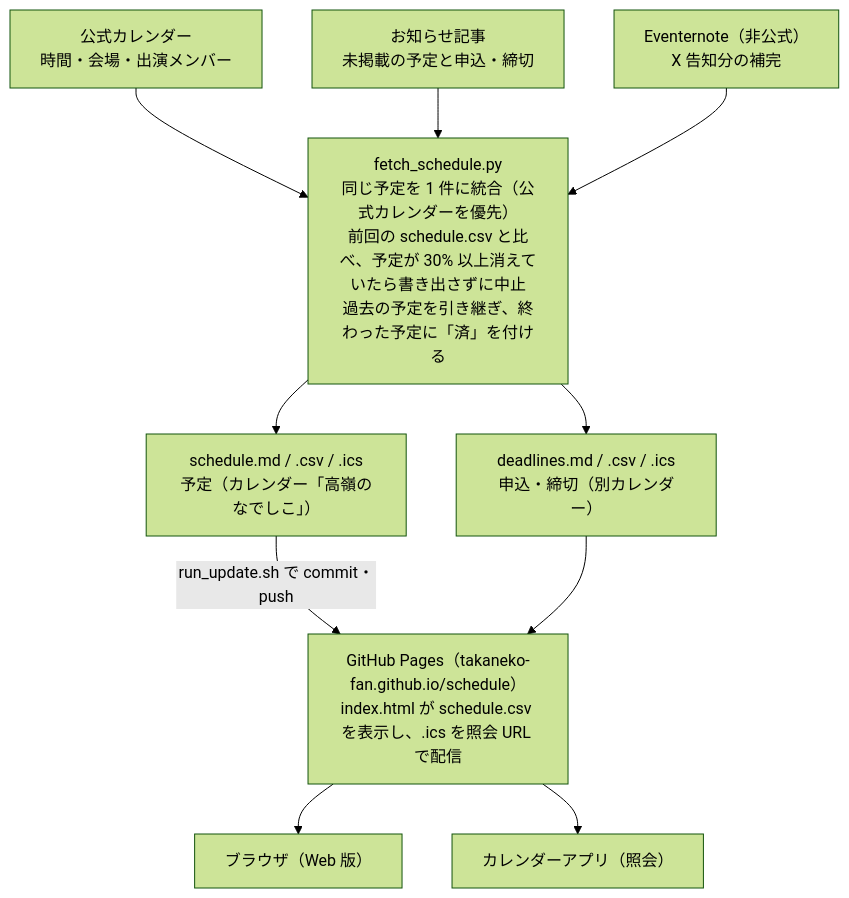
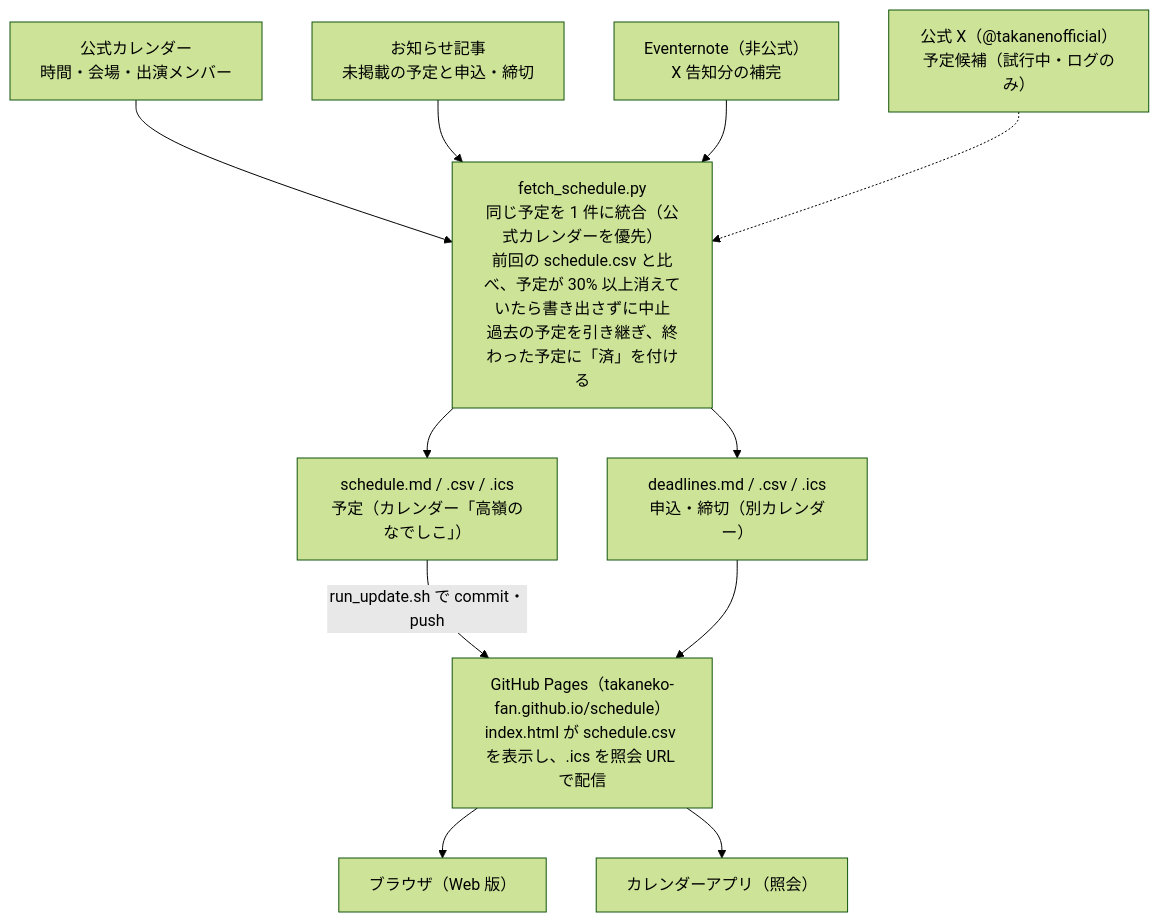
The diagram in docs/spec.md (takaneko-fan/schedule), drawn with Mermaid (forest theme) before and after one commit. The commit also changed other lines of this file and 2 other files, not shown here.

````diff
--- a/docs/spec.md
+++ b/docs/spec.md
@@ -19,14 +19,15 @@
 ```mermaid
 flowchart TD
     cal["公式カレンダー<br>時間・会場・出演メンバー"] --> py
     news["お知らせ記事<br>未掲載の予定と申込・締切"] --> py
     en["Eventernote（非公式）<br>X 告知分の補完"] --> py
+    x["公式 X（@takanenofficial）<br>予定候補（試行中・ログのみ）"] -.-> py
     py["fetch_schedule.py<br>同じ予定を 1 件に統合（公式カレンダーを優先）<br>前回の schedule.csv と比べ、予定が 30% 以上消えていたら書き出さずに中止<br>過去の予定を引き継ぎ、終わった予定に「済」を付ける"]
     py --> sch["schedule.md / .csv / .ics<br>予定（カレンダー「高嶺のなでしこ」）"]
     py --> dl["deadlines.md / .csv / .ics<br>申込・締切（別カレンダー）"]
     sch -- "run_update.sh で commit・push" --> pages
     dl --> pages
     pages["GitHub Pages（takaneko-fan.github.io/schedule）<br>index.html が schedule.csv を表示し、.ics を照会 URL で配信"]
     pages --> browser["ブラウザ（Web 版）"]
     pages --> app["カレンダーアプリ（照会）"]
 ```
````
